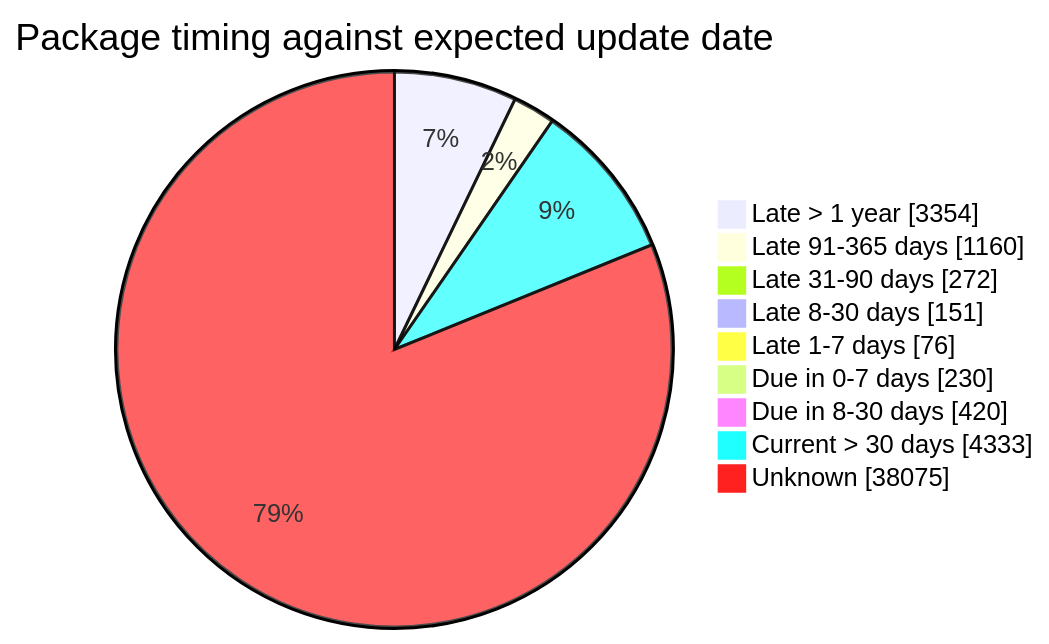
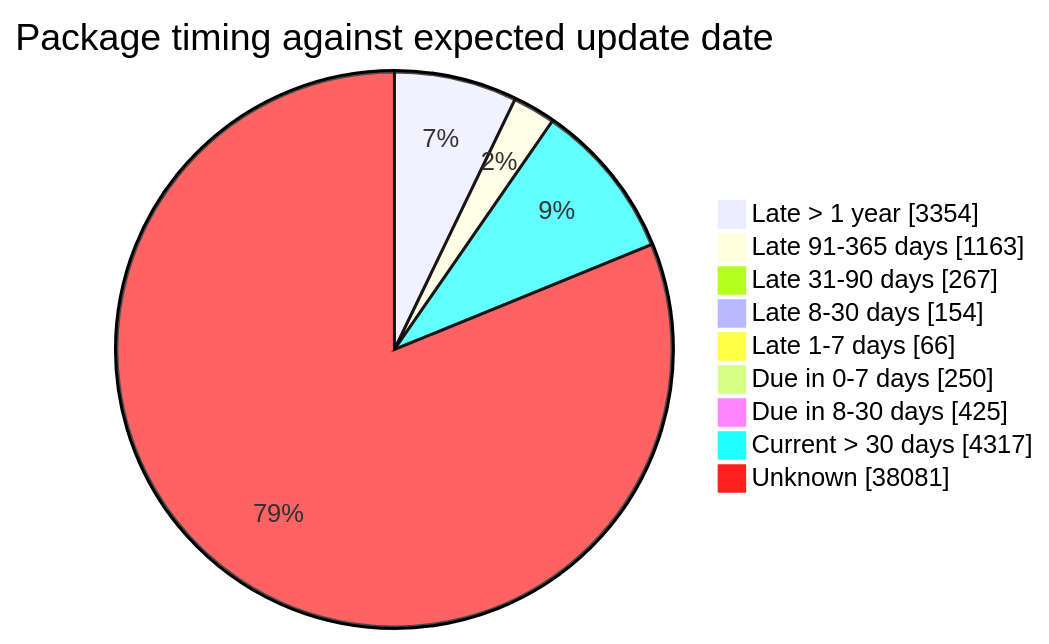
Before and after one commit to open-data/analytics-corporate-reporting: the fourth of 5 diagrams in FreshCheck/README.md, drawn with Mermaid. The commit also changed other lines of this file and 3 other files, not shown here.

````diff
--- a/FreshCheck/README.md
+++ b/FreshCheck/README.md
@@ -86,12 +86,12 @@
 ```mermaid
 pie showData title Package timing against expected update date
     "Late > 1 year": 3354
-    "Late 91-365 days": 1160
-    "Late 31-90 days": 272
-    "Late 8-30 days": 151
-    "Late 1-7 days": 76
-    "Due in 0-7 days": 230
-    "Due in 8-30 days": 420
-    "Current > 30 days": 4333
-    "Unknown": 38075
+    "Late 91-365 days": 1163
+    "Late 31-90 days": 267
+    "Late 8-30 days": 154
+    "Late 1-7 days": 66
+    "Due in 0-7 days": 250
+    "Due in 8-30 days": 425
+    "Current > 30 days": 4317
+    "Unknown": 38081
 ```
````
